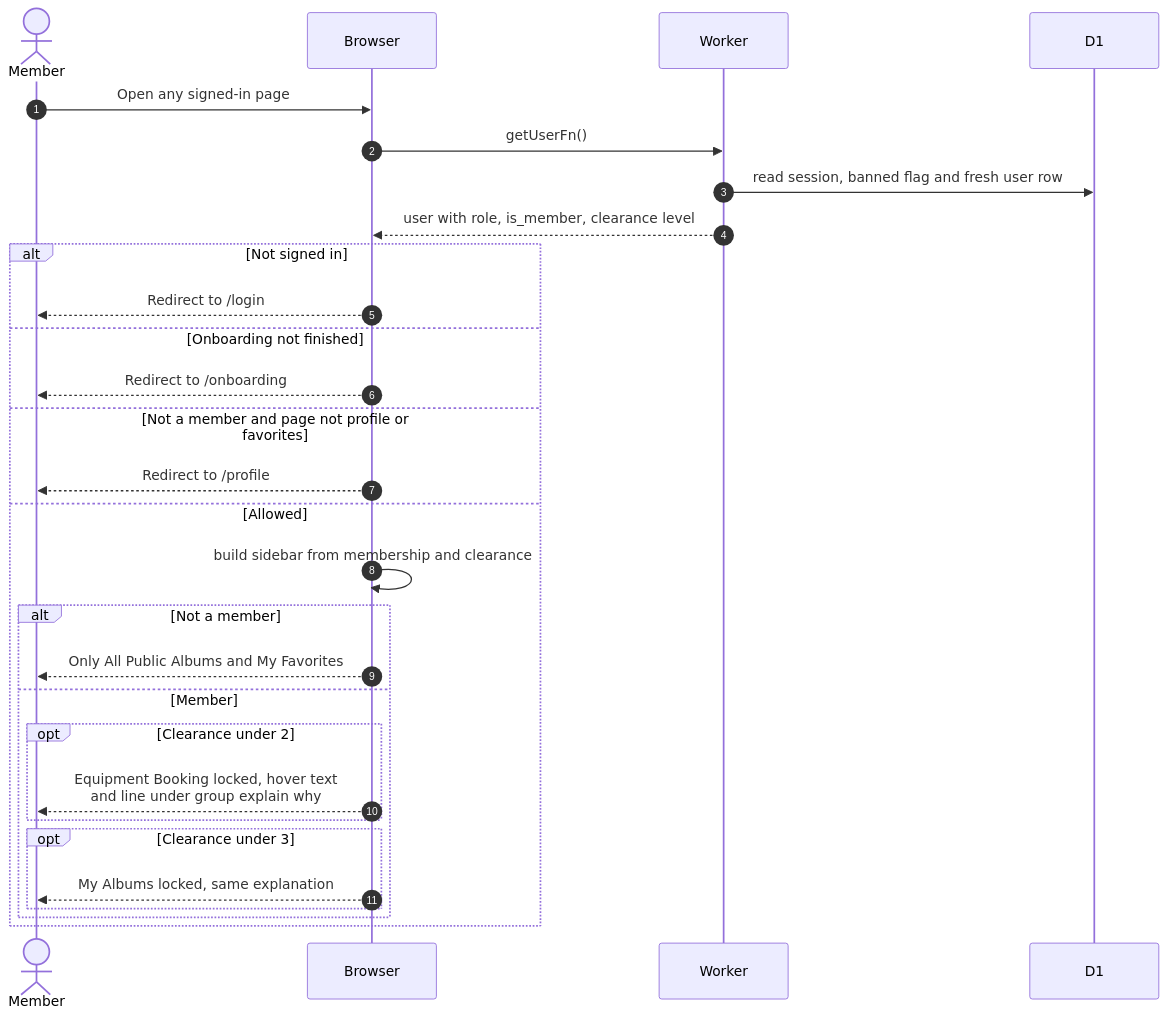
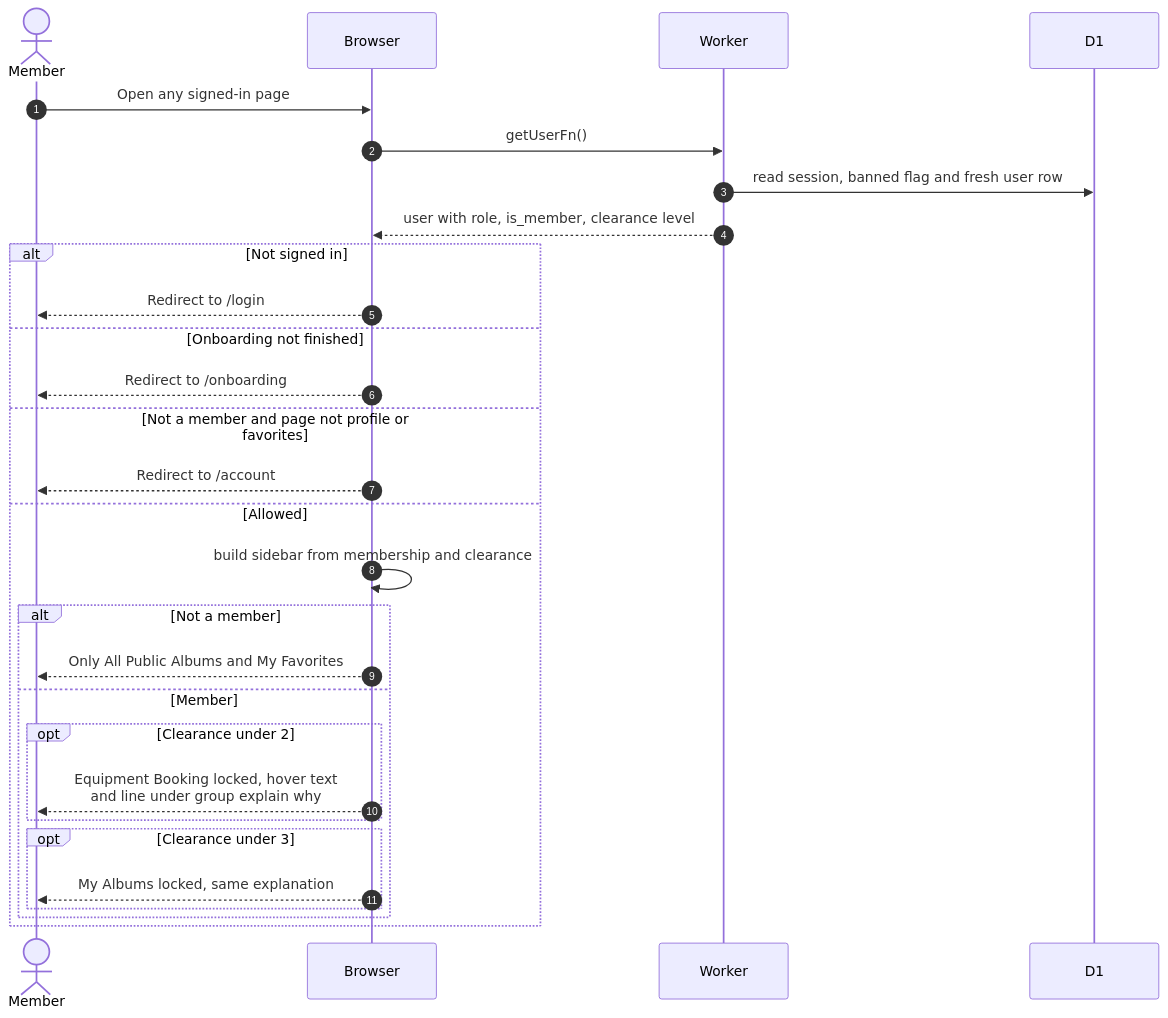
Before and after one commit to sagyzdop/meriksirat: the diagram in docs/scenarios/equipment/sidebar-access.md, drawn with Mermaid. The commit also changed other lines of this file and 157 other files, not shown here.

````diff
--- a/docs/scenarios/equipment/sidebar-access.md
+++ b/docs/scenarios/equipment/sidebar-access.md
@@ -35,31 +36,31 @@
 ```mermaid
 sequenceDiagram
     autonumber
     actor M as Member
     participant B as Browser
     participant W as Worker
     participant D as D1
     M->>B: Open any signed-in page
     B->>W: getUserFn()
     W->>D: read session, banned flag and fresh user row
     W-->>B: user with role, is_member, clearance level
     alt Not signed in
         B-->>M: Redirect to /login
     else Onboarding not finished
         B-->>M: Redirect to /onboarding
     else Not a member and page not profile or favorites
-        B-->>M: Redirect to /profile
+        B-->>M: Redirect to /account
     else Allowed
         B->>B: build sidebar from membership and clearance
         alt Not a member
             B-->>M: Only All Public Albums and My Favorites
         else Member
             opt Clearance under 2
                 B-->>M: Equipment Booking locked, hover text<br/>and line under group explain why
             end
             opt Clearance under 3
                 B-->>M: My Albums locked, same explanation
             end
         end
     end
 ```
````
